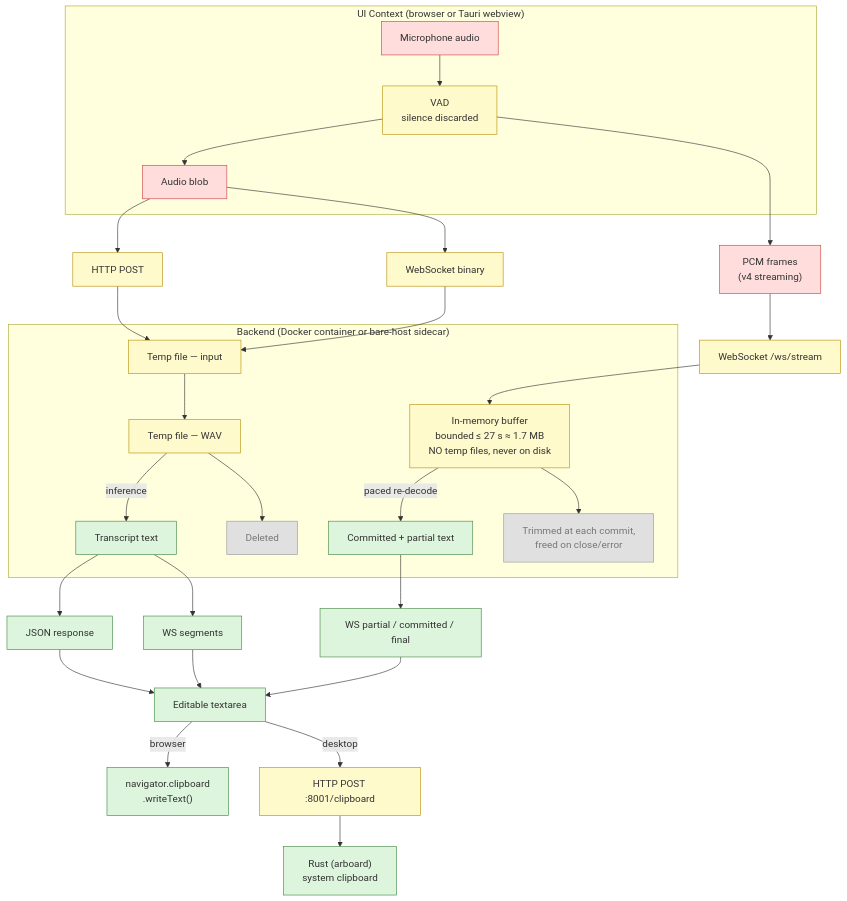
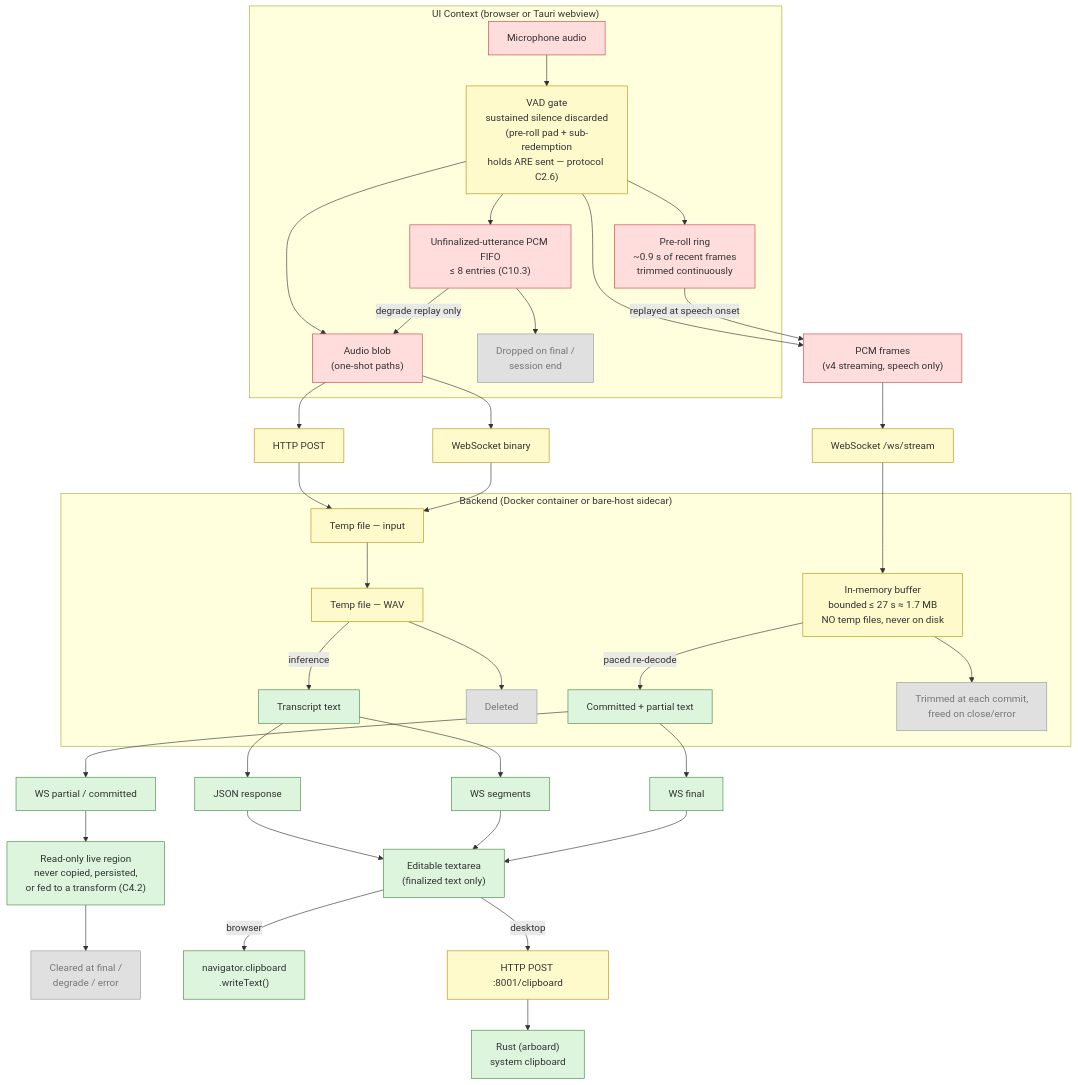
One commit to JohnYanez95/voice-scribe changed the diagram in docs/diagrams/privacy-data-flow.mmd. Above: the diagram before and after it, drawn with Mermaid. The commit also changed 4 other files, not shown here.

First line of the commit message:
docs+types: v4.1 step 3 — diagrams before component code, streaming wire types

```diff
--- a/docs/diagrams/privacy-data-flow.mmd
+++ b/docs/diagrams/privacy-data-flow.mmd
@@ -1,54 +1,66 @@
 flowchart TD
     subgraph ui ["UI Context (browser or Tauri webview)"]
         mic["Microphone audio"]
-        vad["VAD<br/>silence discarded"]
-        blob["Audio blob"]
-        mic --> vad --> blob
+        vad["VAD gate<br/>sustained silence discarded<br/>(pre-roll pad + sub-redemption<br/>holds ARE sent — protocol C2.6)"]
+        preroll["Pre-roll ring<br/>~0.9 s of recent frames<br/>trimmed continuously"]
+        blob["Audio blob<br/>(one-shot paths)"]
+        fifo["Unfinalized-utterance PCM FIFO<br/>≤ 8 entries (C10.3)"]
+        cdel["Dropped on final /<br/>session end"]
+        mic --> vad
+        vad --> preroll
+        vad --> blob
+        vad --> fifo
+        fifo --> cdel
+        fifo -- "degrade replay only" --> blob
     end
 
     blob --> http["HTTP POST"]
     blob --> wsIn["WebSocket binary"]
-    vad --> frames["PCM frames<br/>(v4 streaming)"]
+    vad --> frames["PCM frames<br/>(v4 streaming, speech only)"]
+    preroll -- "replayed at speech onset" --> frames
     frames --> wsStream["WebSocket /ws/stream"]
 
     subgraph backend ["Backend (Docker container or bare-host sidecar)"]
         tmp1["Temp file — input"]
         tmp2["Temp file — WAV"]
         txt["Transcript text"]
         del["Deleted"]
         tmp1 --> tmp2
         tmp2 -- inference --> txt
         tmp2 --> del
 
         ring["In-memory buffer<br/>bounded ≤ 27 s ≈ 1.7 MB<br/>NO temp files, never on disk"]
         stxt["Committed + partial text"]
         rdel["Trimmed at each commit,<br/>freed on close/error"]
         ring -- "paced re-decode" --> stxt
         ring --> rdel
     end
 
     http --> tmp1
     wsIn --> tmp1
     wsStream --> ring
 
     txt --> resp["JSON response"]
     txt --> wsOut["WS segments"]
-    stxt --> wsMsgs["WS partial / committed / final"]
+    stxt --> wsLive["WS partial / committed"]
+    stxt --> wsFinal["WS final"]
 
-    resp --> area["Editable textarea"]
+    resp --> area["Editable textarea<br/>(finalized text only)"]
     wsOut --> area
-    wsMsgs --> area
+    wsFinal --> area
+    wsLive --> live["Read-only live region<br/>never copied, persisted,<br/>or fed to a transform (C4.2)"]
+    live --> ldel["Cleared at final /<br/>degrade / error"]
 
     area -- "browser" --> browserClip["navigator.clipboard<br/>.writeText()"]
     area -- "desktop" --> httpPost["HTTP POST :8001/clipboard"]
     httpPost --> rustClip["Rust (arboard)<br/>system clipboard"]
 
     classDef sensitive fill:#ffdddd,stroke:#cc4444
     classDef ephemeral fill:#fffacc,stroke:#b8900a
     classDef output fill:#ddf5dd,stroke:#448844
     classDef deleted fill:#e0e0e0,stroke:#999999,color:#777777
 
-    class mic,blob,frames sensitive
+    class mic,blob,frames,preroll,fifo sensitive
     class vad,http,wsIn,wsStream,tmp1,tmp2,ring,httpPost ephemeral
-    class txt,stxt,resp,wsOut,wsMsgs,area,browserClip,rustClip output
-    class del,rdel deleted
+    class txt,stxt,resp,wsOut,wsLive,wsFinal,area,live,browserClip,rustClip output
+    class del,rdel,cdel,ldel deleted
```
